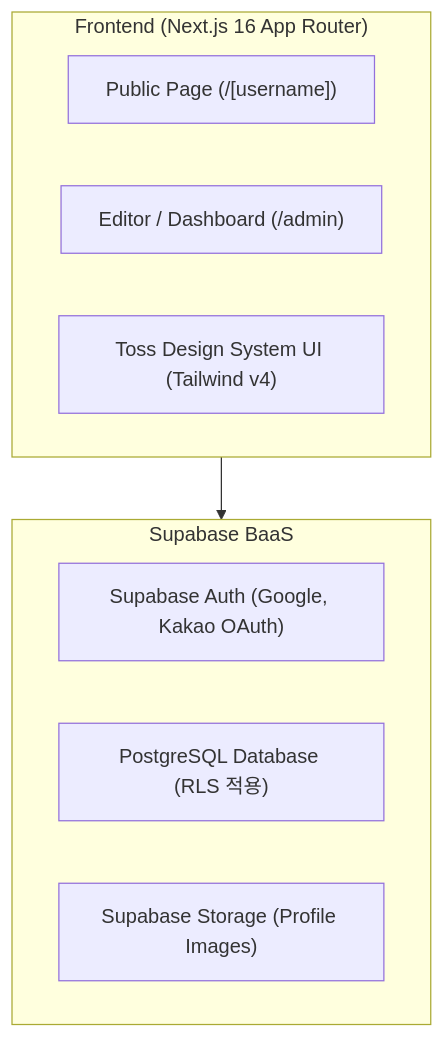
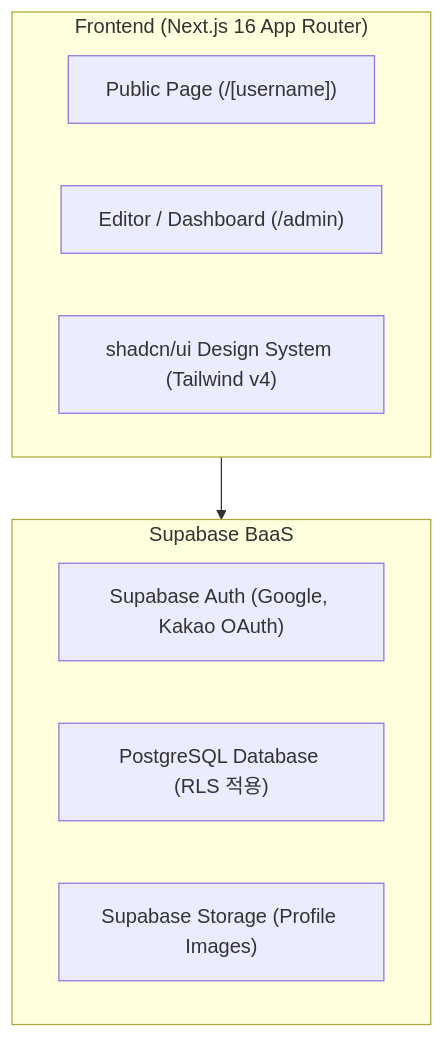
One commit to baeterry/my-link changed the second of 2 diagrams in PRD.md. Above: the diagram before and after it, drawn with Mermaid. The commit also changed other lines of this file and 23 other files, not shown here.

````diff
--- a/PRD.md
+++ b/PRD.md
@@ -198,16 +223,16 @@
 ```mermaid
 flowchart TD
     subgraph Client["Frontend (Next.js 16 App Router)"]
         A["Public Page (/[username])"]
         B["Editor / Dashboard (/admin)"]
-        C["Toss Design System UI (Tailwind v4)"]
+        C["shadcn/ui Design System (Tailwind v4)"]
     end
 
     subgraph Backend["Supabase BaaS"]
         D["Supabase Auth (Google, Kakao OAuth)"]
         E["PostgreSQL Database (RLS 적용)"]
         F["Supabase Storage (Profile Images)"]
     end
 
     Client --> Backend
 ```
````
